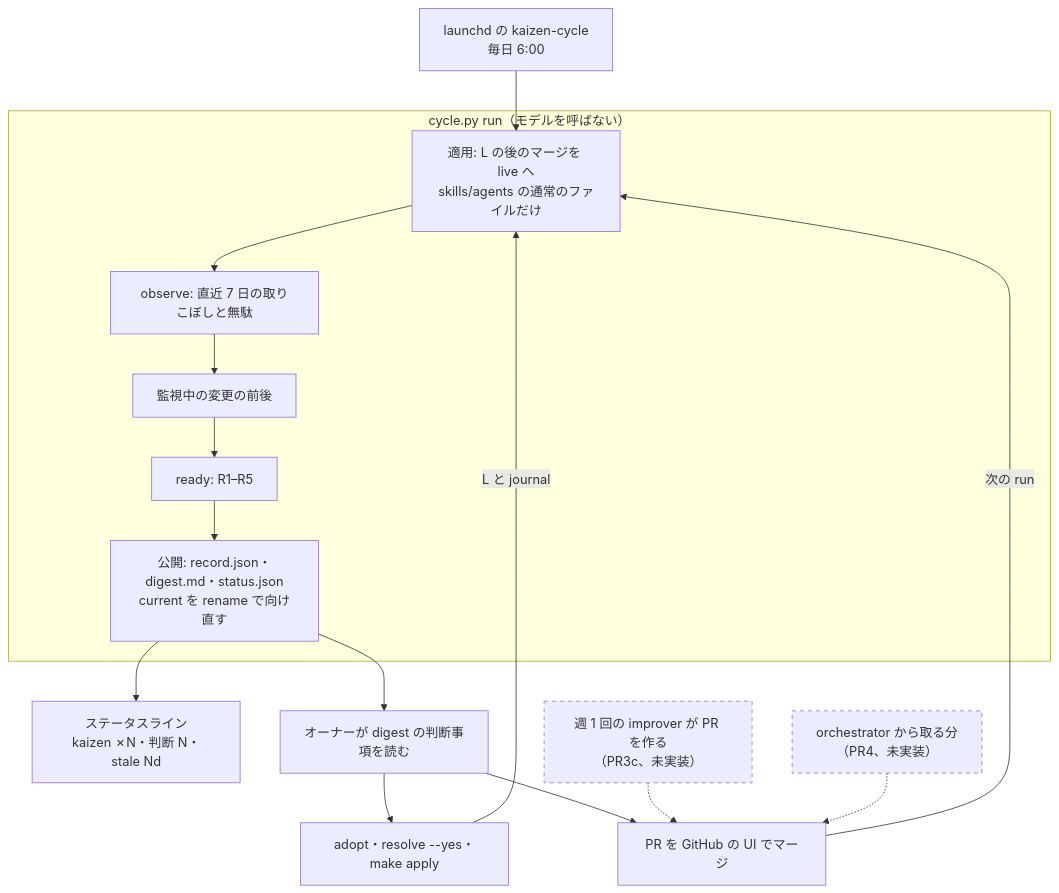
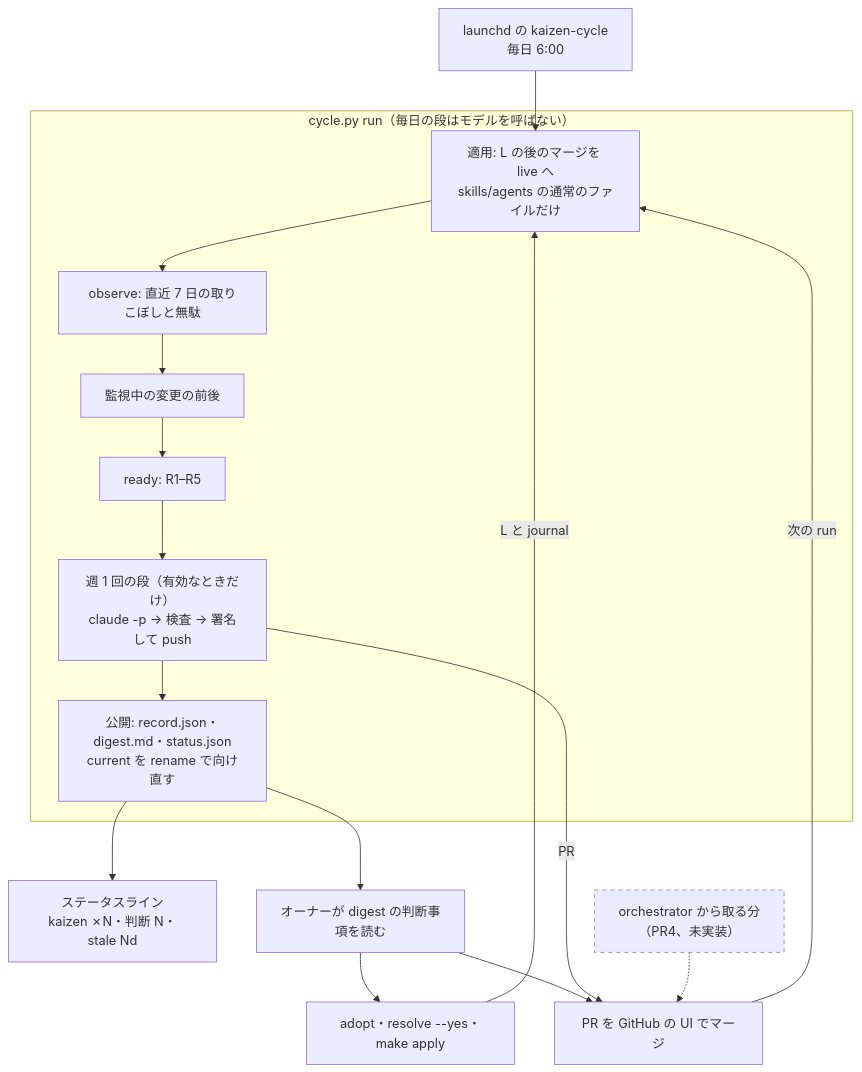
Before and after one commit to shuymn/dotfiles: the diagram in docs/kaizen.md, drawn with Mermaid. The commit also changed other lines of this file and 6 other files, not shown here.

Commit message:
feat(kaizen): add the weekly improver stage

````diff
--- a/docs/kaizen.md
+++ b/docs/kaizen.md
@@ -9,19 +9,20 @@
 ```mermaid
 flowchart TD
   job["launchd の kaizen-cycle<br/>毎日 6:00"] --> apply
-  subgraph run ["cycle.py run（モデルを呼ばない）"]
+  subgraph run ["cycle.py run（毎日の段はモデルを呼ばない）"]
     apply["適用: L の後のマージを live へ<br/>skills/agents の通常のファイルだけ"] --> observe["observe: 直近 7 日の取りこぼしと無駄"]
     observe --> watch["監視中の変更の前後"]
     watch --> ready["ready: R1–R5"]
-    ready --> publish["公開: record.json・digest.md・status.json<br/>current を rename で向け直す"]
+    ready --> weekly["週 1 回の段（有効なときだけ）<br/>claude -p → 検査 → 署名して push"]
+    weekly --> publish["公開: record.json・digest.md・status.json<br/>current を rename で向け直す"]
   end
   publish --> statusline["ステータスライン<br/>kaizen ✗N・判断 N・stale Nd"]
   publish --> owner["オーナーが digest の判断事項を読む"]
   owner --> cmds["adopt・resolve --yes・make apply"]
   owner --> merge["PR を GitHub の UI でマージ"]
   merge -->|次の run| apply
   cmds -->|L と journal| apply
-  improver["週 1 回の improver が PR を作る<br/>（PR3c、未実装）"]:::todo -.-> merge
+  weekly -->|PR| merge
   pr4["orchestrator から取る分<br/>（PR4、未実装）"]:::todo -.-> merge
   classDef todo stroke-dasharray:5 5
 ```
````
